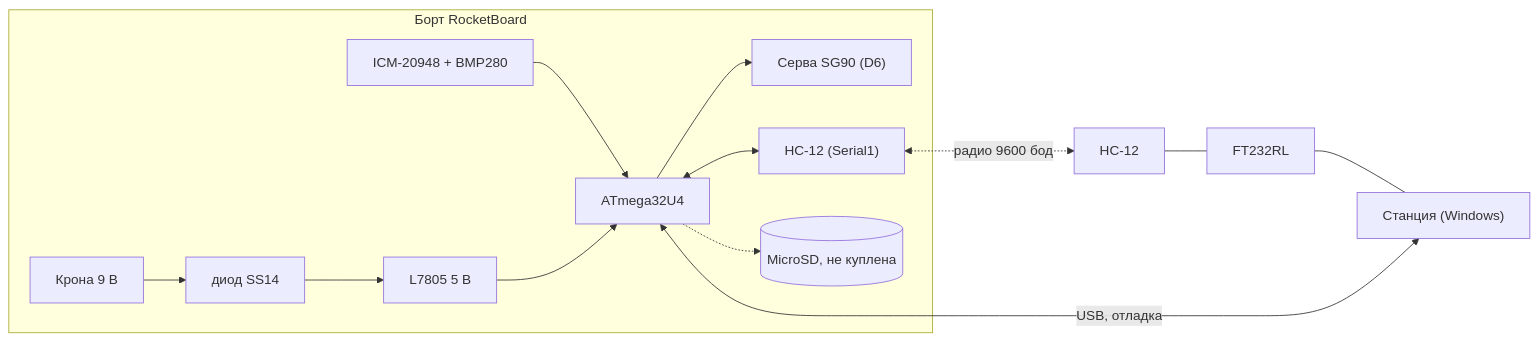
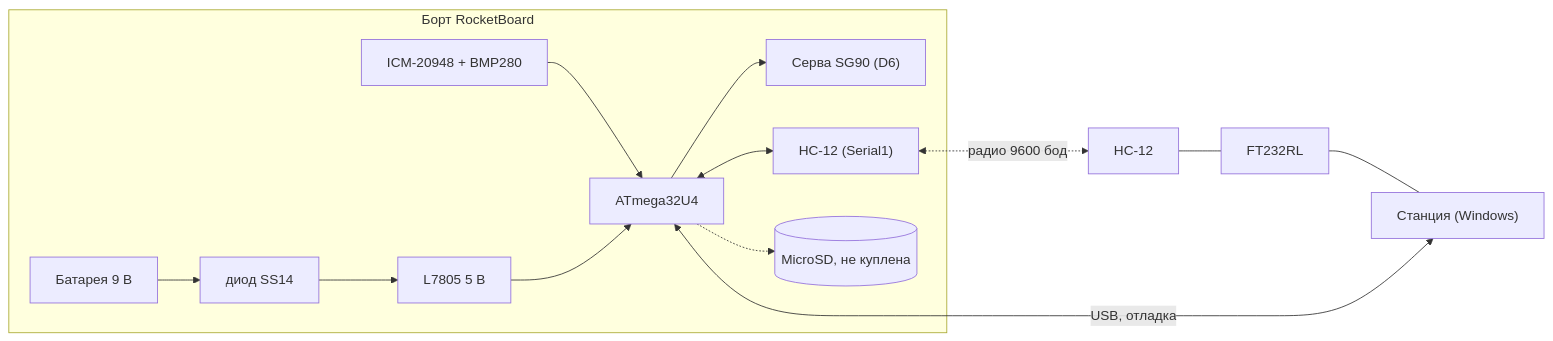
The diagram in docs/HANDOFF.md (makxis/TechGTOrocket), drawn with Mermaid before and after one commit. The commit also changed other lines of this file and 7 other files, not shown here.

````diff
--- a/docs/HANDOFF.md
+++ b/docs/HANDOFF.md
@@ -17,12 +15,12 @@
 ```mermaid
 flowchart LR
     subgraph BOARD["Борт RocketBoard"]
         SENS["ICM-20948 + BMP280"] --> MCU["ATmega32U4"]
         MCU --> SERVO["Серва SG90 (D6)"]
         MCU <--> HC["HC-12 (Serial1)"]
         MCU -.-> SD[("MicroSD, не куплена")]
-        BAT["Крона 9 В"] --> DIODE["диод SS14"] --> REG["L7805 5 В"] --> MCU
+        BAT["Батарея 9 В"] --> DIODE["диод SS14"] --> REG["L7805 5 В"] --> MCU
     end
     HC <-. "радио 9600 бод" .-> HC2["HC-12"] --- FT["FT232RL"] --- PC["Станция (Windows)"]
     MCU <-- "USB, отладка" --> PC
 ```
````
